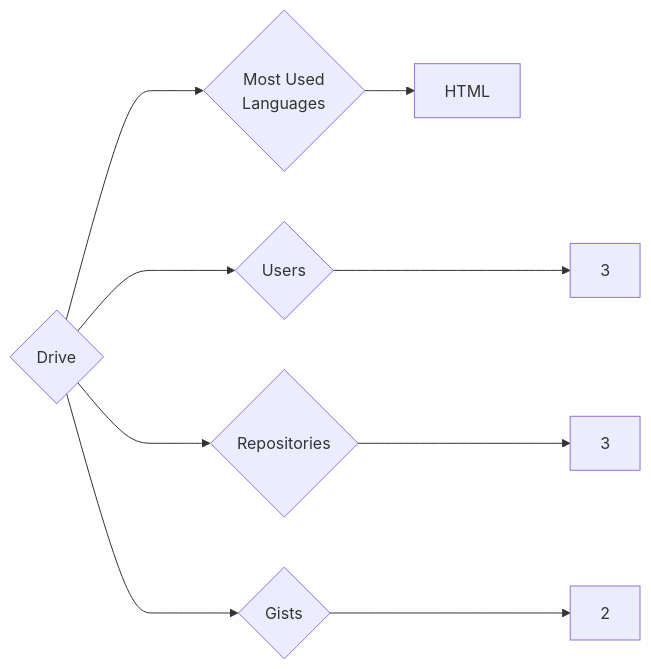
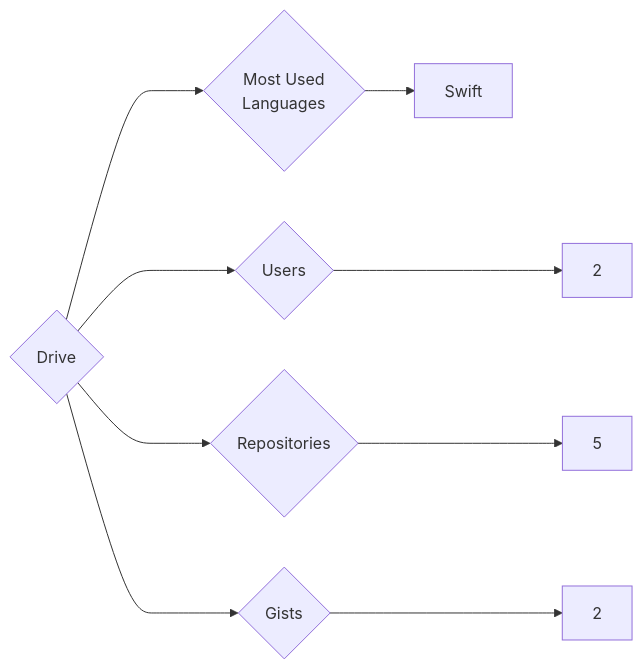
Before and after one commit to trickest/insiders: the diagram in targets/Drive/README.md, drawn with Mermaid. The commit also changed 745 other files, not shown here.

````diff
--- a/targets/Drive/README.md
+++ b/targets/Drive/README.md
@@ -3,9 +3,9 @@
 ```mermaid
 graph LR
 COMPANY_NAME{Drive}
-COMPANY_NAME ---> U{Users} ---> UN[3]
-COMPANY_NAME ---> R{Repositories} ---> RN[3]
+COMPANY_NAME ---> U{Users} ---> UN[2]
+COMPANY_NAME ---> R{Repositories} ---> RN[5]
 COMPANY_NAME ---> G{Gists} ---> GN[2]
 COMPANY_NAME ---> ML{Most Used<br>Languages}
-ML --> HTML[HTML]
+ML --> Swift[Swift]
 ```
````
